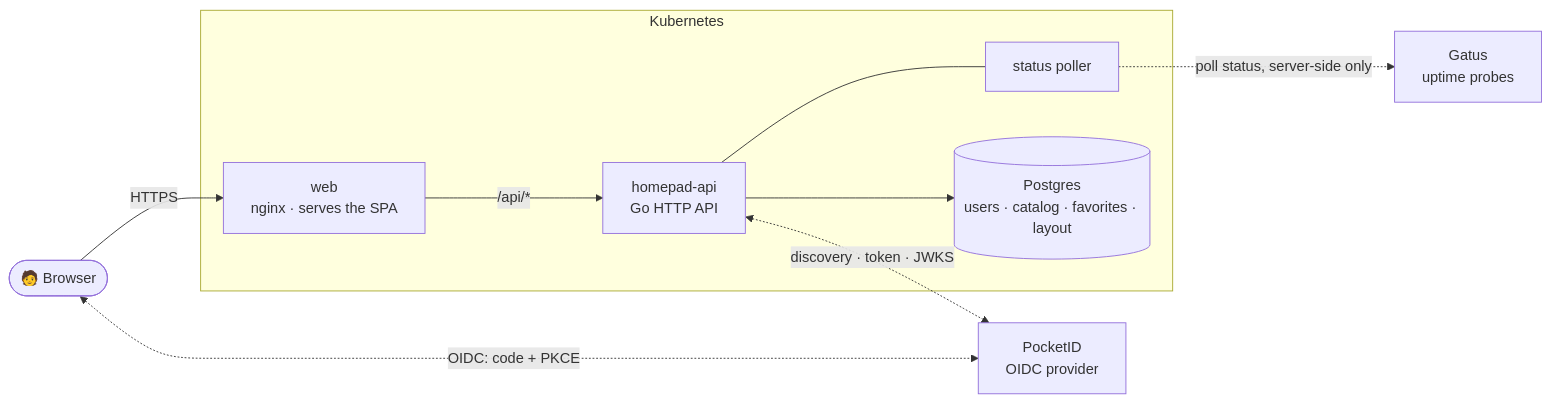
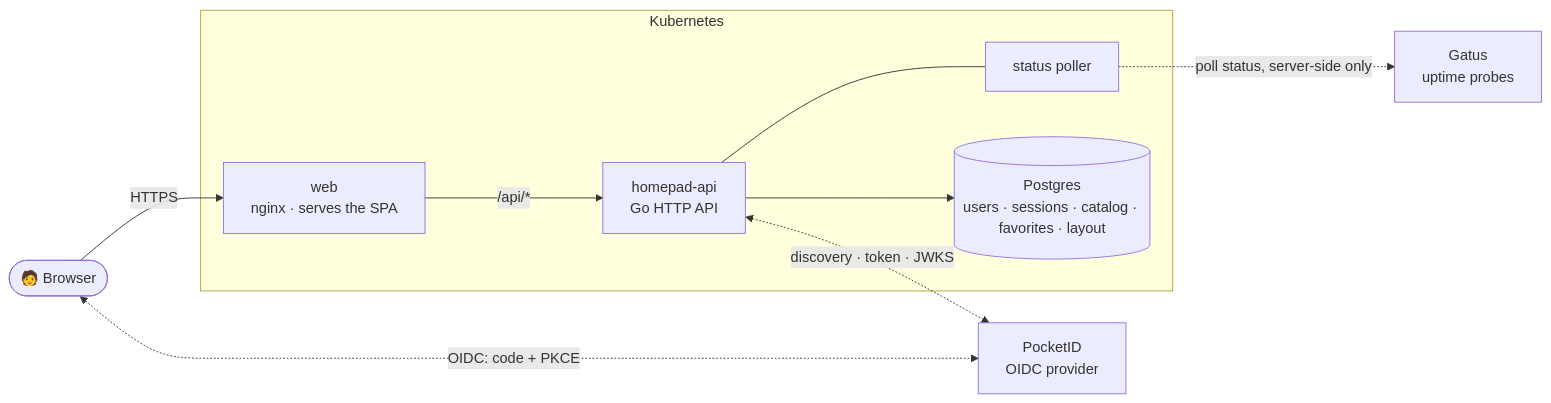
Before and after one commit to finish06/homepad: the first of 2 diagrams in docs/development.md, drawn with Mermaid. The commit also changed other lines of this file and 25 other files, not shown here.

````diff
--- a/docs/development.md
+++ b/docs/development.md
@@ -14,22 +14,22 @@
 ```mermaid
 flowchart LR
   user(["🧑 Browser"])
 
   subgraph cluster["Kubernetes"]
     web["web<br/>nginx · serves the SPA"]
     api["homepad-api<br/>Go HTTP API"]
     poller["status poller"]
-    pg[("Postgres<br/>users · catalog · favorites · layout")]
+    pg[("Postgres<br/>users · sessions · catalog · favorites · layout")]
   end
 
   gatus["Gatus<br/>uptime probes"]
   pocketid["PocketID<br/>OIDC provider"]
 
   user -->|HTTPS| web
   web -->|"/api/*"| api
   api --> pg
   api --- poller
   poller -.->|poll status, server-side only| gatus
   user <-.->|OIDC: code + PKCE| pocketid
   api <-.->|discovery · token · JWKS| pocketid
 ```
````
